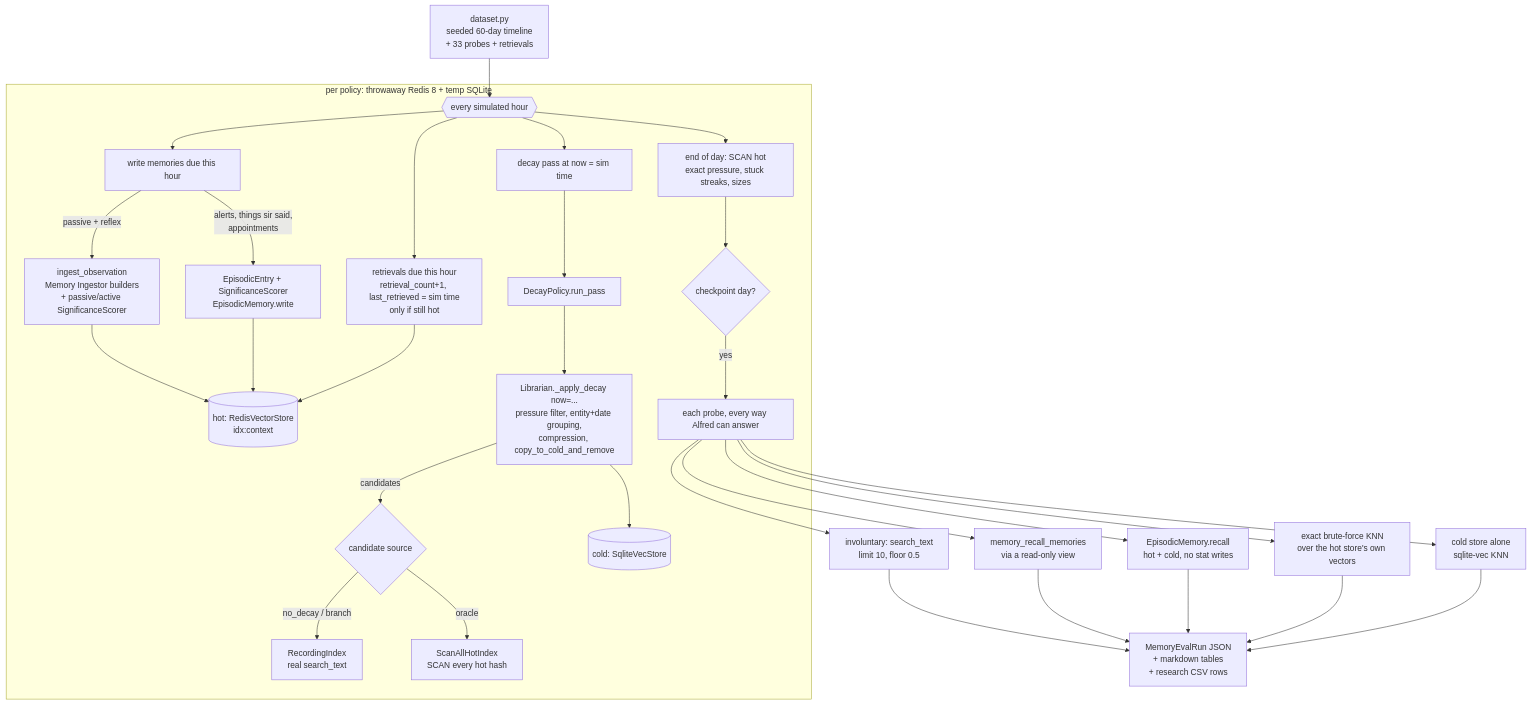
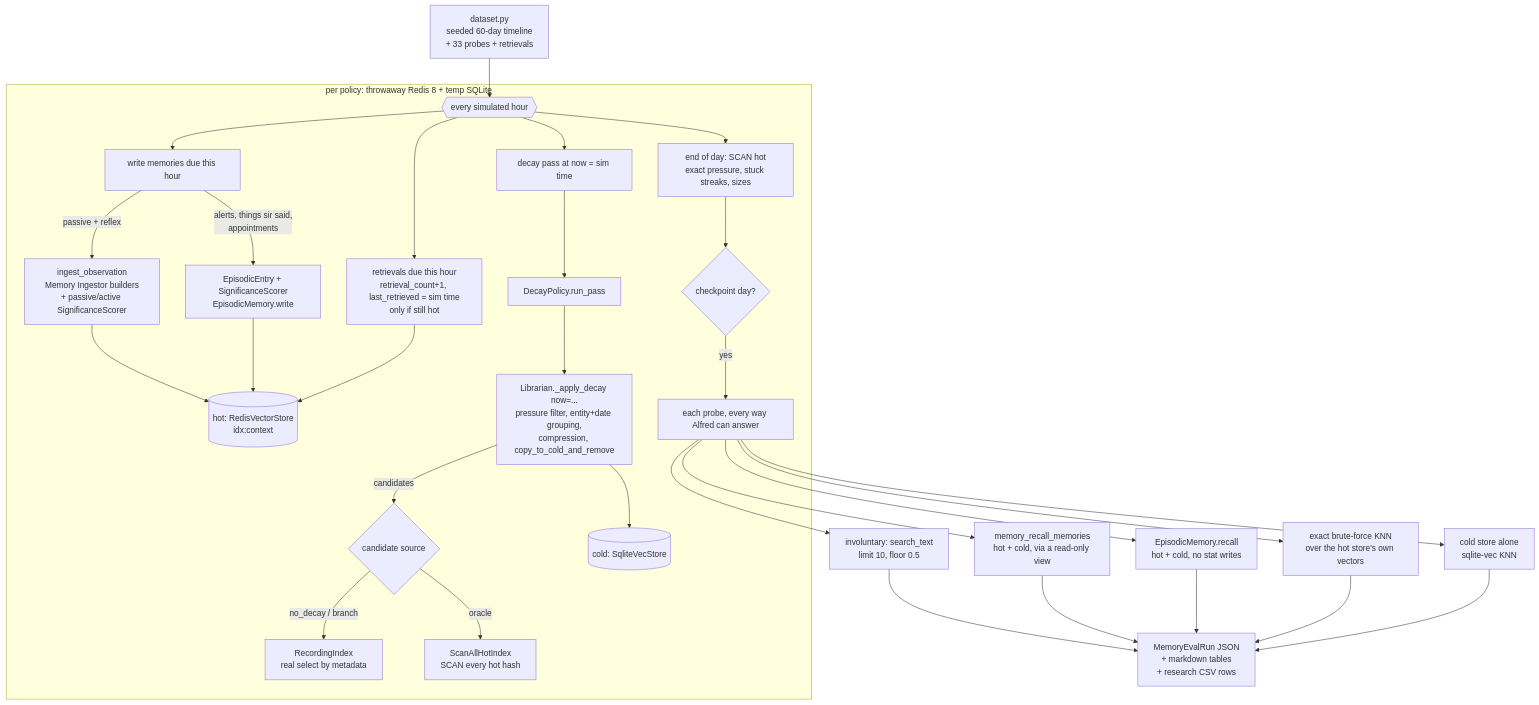
Before and after one commit to anirudhlath/alfred: the diagram in docs/evals-memory.md, drawn with Mermaid. The commit also changed other lines of this file and 5 other files, not shown here.

First line of the commit message:
docs(memory): describe exact hot search, metadata selection, cosine cold, archive recall

````diff
--- a/docs/evals-memory.md
+++ b/docs/evals-memory.md
@@ -52,31 +52,31 @@
 ```mermaid
 flowchart TD
     DS[dataset.py<br/>seeded 60-day timeline<br/>+ 33 probes + retrievals] --> LOOP
 
     subgraph SANDBOX[per policy: throwaway Redis 8 + temp SQLite]
         LOOP{{every simulated hour}} --> W[write memories due this hour]
         W -->|passive + reflex| ING[ingest_observation<br/>Memory Ingestor builders<br/>+ passive/active SignificanceScorer]
         W -->|alerts, things sir said,<br/>appointments| LIB_W[EpisodicEntry + SignificanceScorer<br/>EpisodicMemory.write]
         ING --> HOT[(hot: RedisVectorStore<br/>idx:context)]
         LIB_W --> HOT
         LOOP --> RET[retrievals due this hour<br/>retrieval_count+1, last_retrieved = sim time<br/>only if still hot]
         RET --> HOT
         LOOP --> PASS[decay pass at now = sim time]
         PASS --> POL[DecayPolicy.run_pass]
         POL --> AD[Librarian._apply_decay now=...<br/>pressure filter, entity+date grouping,<br/>compression, copy_to_cold_and_remove]
         AD -->|candidates| SRC{candidate source}
-        SRC -->|no_decay / branch| SEARCH[RecordingIndex<br/>real search_text]
+        SRC -->|no_decay / branch| SEARCH[RecordingIndex<br/>real select by metadata]
         SRC -->|oracle| SCAN[ScanAllHotIndex<br/>SCAN every hot hash]
         AD --> COLD[(cold: SqliteVecStore)]
         LOOP --> DAY[end of day: SCAN hot<br/>exact pressure, stuck streaks, sizes]
         DAY --> CP{checkpoint day?}
         CP -->|yes| PROBE[each probe, every way Alfred can answer]
     end
 
     PROBE --> P1[involuntary: search_text<br/>limit 10, floor 0.5]
-    PROBE --> P2[memory_recall_memories<br/>via a read-only view]
+    PROBE --> P2[memory_recall_memories<br/>hot + cold, via a read-only view]
     PROBE --> P3[EpisodicMemory.recall<br/>hot + cold, no stat writes]
     PROBE --> P4[exact brute-force KNN<br/>over the hot store's own vectors]
     PROBE --> P5[cold store alone<br/>sqlite-vec KNN]
     P1 & P2 & P3 & P4 & P5 --> OUT[MemoryEvalRun JSON<br/>+ markdown tables<br/>+ research CSV rows]
 ```
````
